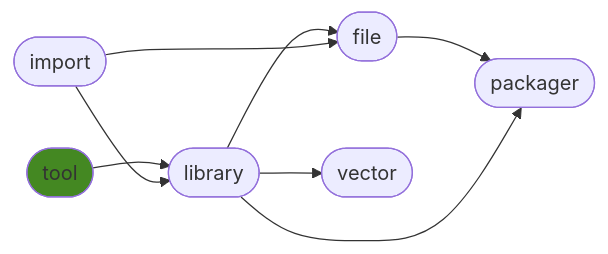
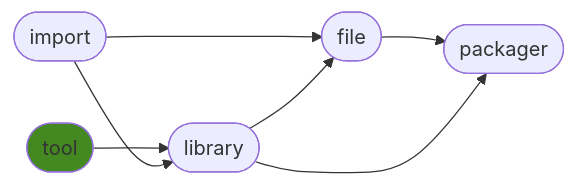
Before and after one commit to ManderaGeneral/generaltool: the diagram in README.md, drawn with Mermaid. The commit also changed other lines of this file and 1 other file, not shown here.

Commit message:
[CI AUTO] Sync triggered by generalpackager

````diff
--- a/README.md
+++ b/README.md
@@ -23,17 +23,15 @@
 ```mermaid
 flowchart LR
-2([library]) --> 4([vector])
+0([import]) --> 3([file])
+3([file]) --> 4([packager])
 1([tool]) --> 2([library])
-3([file]) --> 5([packager])
+0([import]) --> 2([library])
+2([library]) --> 4([packager])
 2([library]) --> 3([file])
-0([import]) --> 2([library])
-0([import]) --> 3([file])
-2([library]) --> 5([packager])
 click 0 "https://github.com/ManderaGeneral/generalimport"
 click 1 "https://github.com/ManderaGeneral/generaltool"
 click 2 "https://github.com/ManderaGeneral/generallibrary"
 click 3 "https://github.com/ManderaGeneral/generalfile"
-click 4 "https://github.com/ManderaGeneral/generalvector"
-click 5 "https://github.com/ManderaGeneral/generalpackager"
+click 4 "https://github.com/ManderaGeneral/generalpackager"
 style 1 fill:#482
 ```
````
